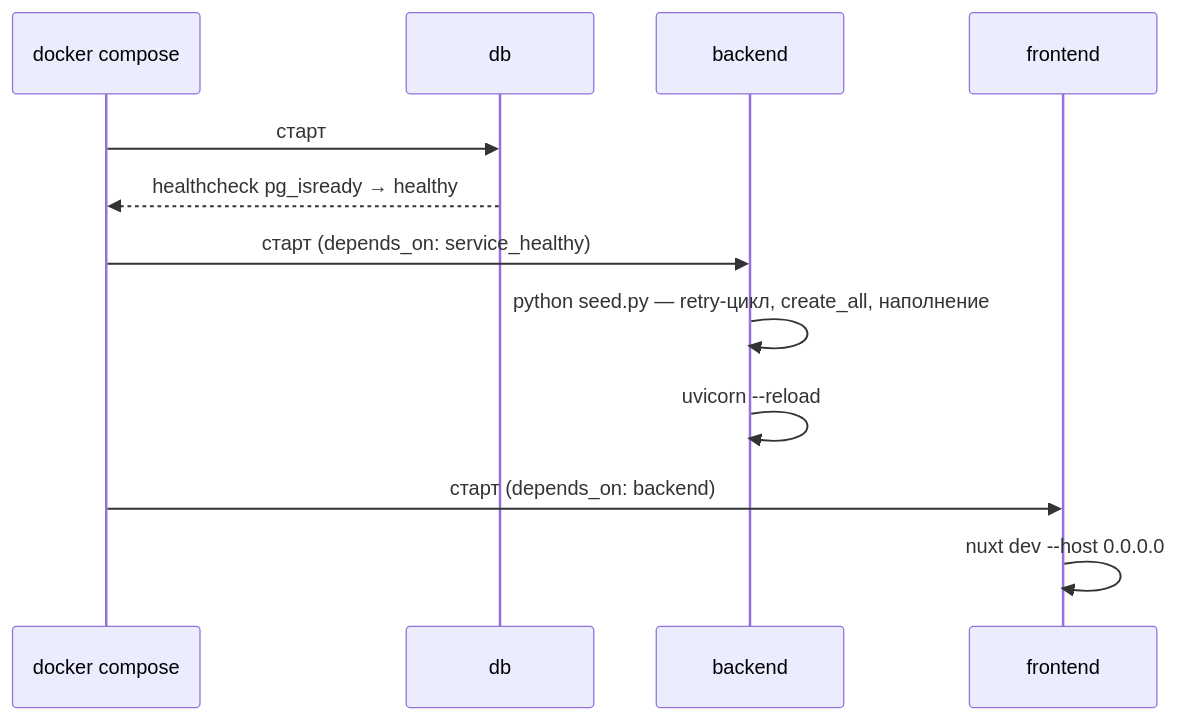
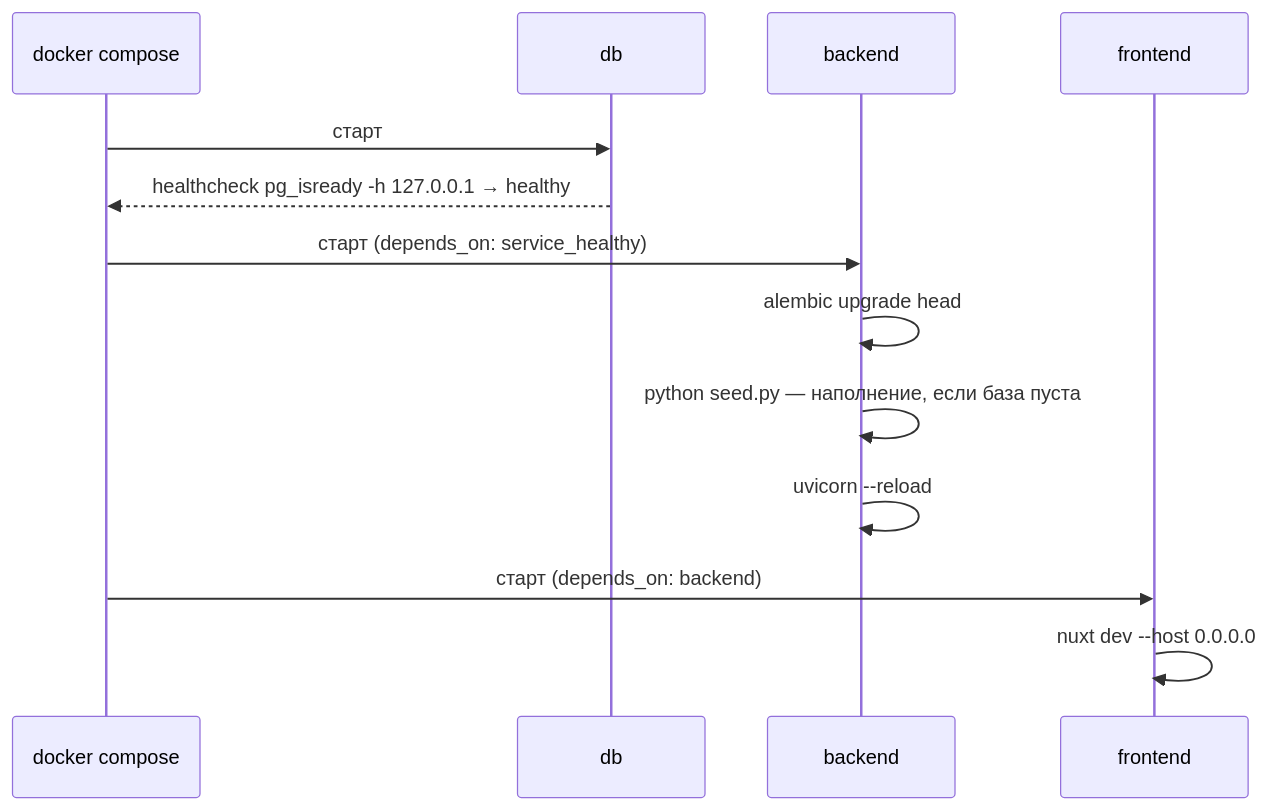
One commit to kirillrub108/web-hotel changed the second of 2 diagrams in docs/02-architecture.md. Above: the diagram before and after it, drawn with Mermaid. The commit also changed other lines of this file and 42 other files, not shown here.

````diff
--- a/docs/02-architecture.md
+++ b/docs/02-architecture.md
@@ -51,14 +62,15 @@
 ```mermaid
 sequenceDiagram
   participant C as docker compose
   participant D as db
   participant B as backend
   participant F as frontend
   C->>D: старт
-  D-->>C: healthcheck pg_isready → healthy
+  D-->>C: healthcheck pg_isready -h 127.0.0.1 → healthy
   C->>B: старт (depends_on: service_healthy)
-  B->>B: python seed.py — retry-цикл, create_all, наполнение
+  B->>B: alembic upgrade head
+  B->>B: python seed.py — наполнение, если база пуста
   B->>B: uvicorn --reload
   C->>F: старт (depends_on: backend)
   F->>F: nuxt dev --host 0.0.0.0
 ```
````
